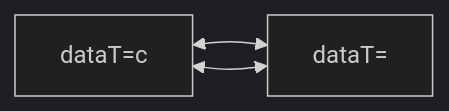
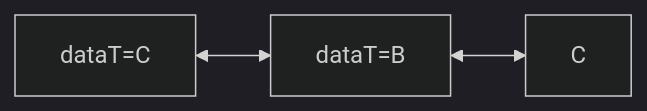
The diagram in all/未命名-10.md (YOAyes/iodraw-files), drawn with Mermaid (dark theme) before and after one commit.

Commit message:
2025-06-16 16:38:57 update

````diff
--- a/all/未命名-10.md
+++ b/all/未命名-10.md
@@ -1,6 +1,6 @@
 ```mermaid
 graph LR
-    X[dataT=c] <--> B[dataT=]
-    B <--> X
+    X[dataT=C] <--> B[dataT=B]
+    B <--> C
 
 ```
````
